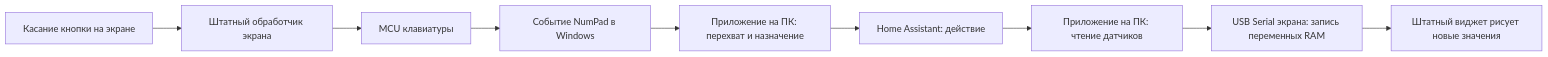
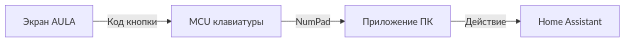
Before and after one commit to softce/aula-l99-research: the first of 2 diagrams in README.md, drawn with Mermaid. The commit also changed other lines of this file, not shown here.

Commit message:
Make control and sensor flow diagrams readable separately

````diff
--- a/README.md
+++ b/README.md
@@ -13,11 +15,6 @@
 ```mermaid
 flowchart LR
-    T[Касание кнопки на экране] --> U[Штатный обработчик экрана]
-    U --> K[MCU клавиатуры]
-    K --> N[Событие NumPad в Windows]
-    N --> B[Приложение на ПК: перехват и назначение]
-    B --> H[Home Assistant: действие]
-    H --> S[Приложение на ПК: чтение датчиков]
-    S --> C[USB Serial экрана: запись переменных RAM]
-    C --> D[Штатный виджет рисует новые значения]
+    T[Экран AULA] -->|Код кнопки| K[MCU клавиатуры]
+    K -->|NumPad| P[Приложение ПК]
+    P -->|Действие| H[Home Assistant]
 ```
````
